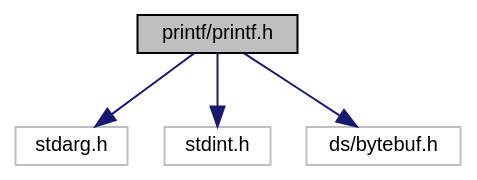
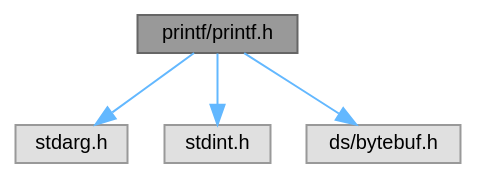
One commit to ebs-universe/piolib-printf changed the diagram in printf_8h__incl.dot. Above: the diagram before and after it, drawn with Graphviz. The commit also changed 204 other files, not shown here.

```diff
--- a/printf_8h__incl.dot
+++ b/printf_8h__incl.dot
@@ -1,15 +1,15 @@
 digraph "printf/printf.h"
 {
  // INTERACTIVE_SVG=YES
  // LATEX_PDF_SIZE
   bgcolor="transparent";
-  edge [fontname="Helvetica",fontsize="10",labelfontname="Helvetica",labelfontsize="10"];
-  node [fontname="Helvetica",fontsize="10",shape=record];
-  Node1 [label="printf/printf.h",height=0.2,width=0.4,color="black", fillcolor="grey75", style="filled", fontcolor="black",tooltip="Interface and usage of printf implementation."];
-  Node1 -> Node2 [color="midnightblue",fontsize="10",style="solid",fontname="Helvetica"];
-  Node2 [label="stdarg.h",height=0.2,width=0.4,color="grey75",tooltip=" "];
-  Node1 -> Node3 [color="midnightblue",fontsize="10",style="solid",fontname="Helvetica"];
-  Node3 [label="stdint.h",height=0.2,width=0.4,color="grey75",tooltip=" "];
-  Node1 -> Node4 [color="midnightblue",fontsize="10",style="solid",fontname="Helvetica"];
-  Node4 [label="ds/bytebuf.h",height=0.2,width=0.4,color="grey75",tooltip=" "];
+  edge [fontname=Helvetica,fontsize=10,labelfontname=Helvetica,labelfontsize=10];
+  node [fontname=Helvetica,fontsize=10,shape=box,height=0.2,width=0.4];
+  Node1 [id="Node000001",label="printf/printf.h",height=0.2,width=0.4,color="gray40", fillcolor="grey60", style="filled", fontcolor="black",tooltip="Interface and usage of printf implementation."];
+  Node1 -> Node2 [id="edge1_Node000001_Node000002",color="steelblue1",style="solid",tooltip=" "];
+  Node2 [id="Node000002",label="stdarg.h",height=0.2,width=0.4,color="grey60", fillcolor="#E0E0E0", style="filled",tooltip=" "];
+  Node1 -> Node3 [id="edge2_Node000001_Node000003",color="steelblue1",style="solid",tooltip=" "];
+  Node3 [id="Node000003",label="stdint.h",height=0.2,width=0.4,color="grey60", fillcolor="#E0E0E0", style="filled",tooltip=" "];
+  Node1 -> Node4 [id="edge3_Node000001_Node000004",color="steelblue1",style="solid",tooltip=" "];
+  Node4 [id="Node000004",label="ds/bytebuf.h",height=0.2,width=0.4,color="grey60", fillcolor="#E0E0E0", style="filled",tooltip=" "];
 }
```
